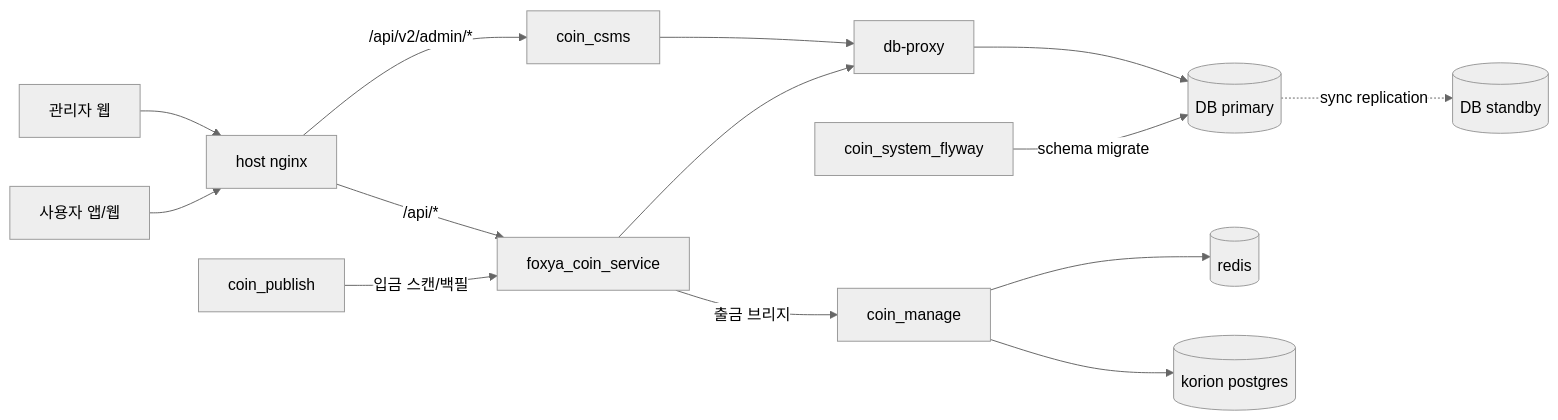
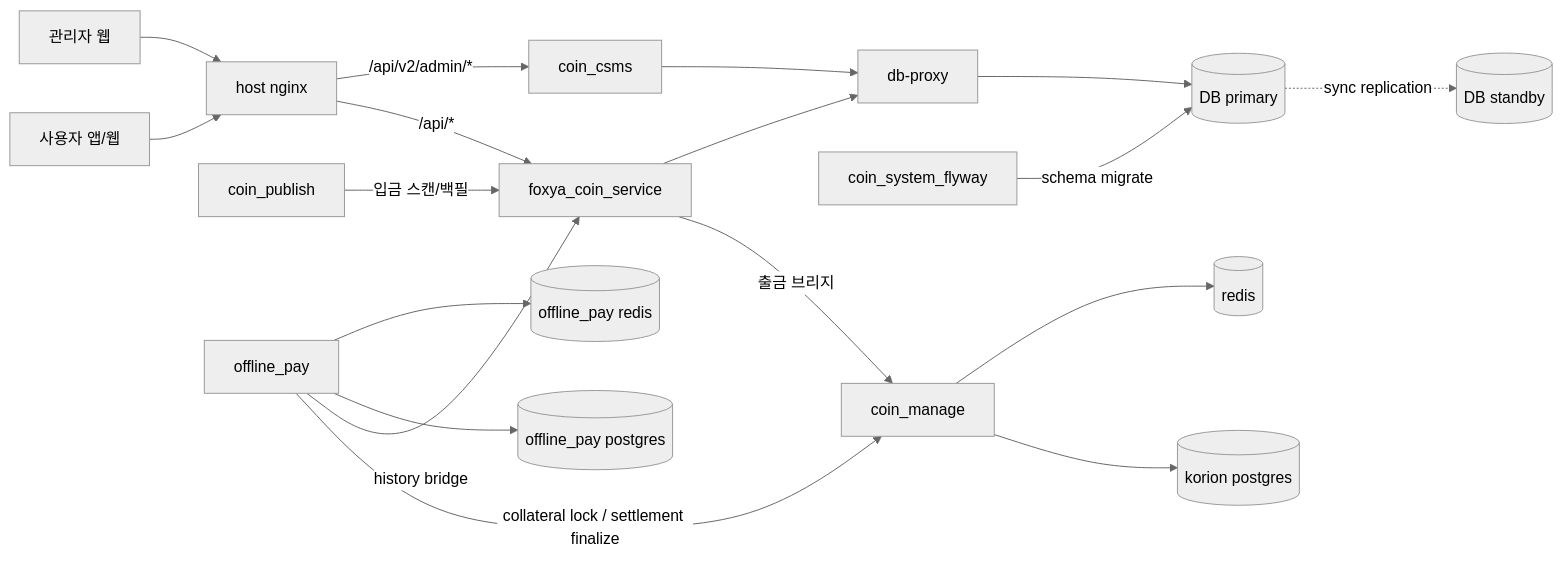
One commit to ansj1105/coin_manage changed the diagram in docs/INSTANCE_A_SYSTEM_MAP.md. Above: the diagram before and after it, drawn with Mermaid (neutral theme). The commit also changed other lines of this file and 2 other files, not shown here.

Commit message:
docs: update instance map for offline pay topology

````diff
--- a/docs/INSTANCE_A_SYSTEM_MAP.md
+++ b/docs/INSTANCE_A_SYSTEM_MAP.md
@@ -70,17 +84,21 @@
 ```mermaid
 flowchart LR
     U[사용자 앱/웹] --> N[host nginx]
     A[관리자 웹] --> N
 
     N -->|/api/*| F[foxya_coin_service]
     N -->|/api/v2/admin/*| C[coin_csms]
     F -->|출금 브리지| K[coin_manage]
     P[coin_publish] -->|입금 스캔/백필| F
     M[coin_system_flyway] -->|schema migrate| D[(DB primary)]
     F --> X[db-proxy]
     C --> X
     X --> D
     D -. sync replication .-> S[(DB standby)]
     K --> KDB[(korion postgres)]
     K --> R[(redis)]
+    O[offline_pay] -->|collateral lock / settlement finalize| K
+    O -->|history bridge| F
+    O --> OPG[(offline_pay postgres)]
+    O --> OR[(offline_pay redis)]
 ```
````
